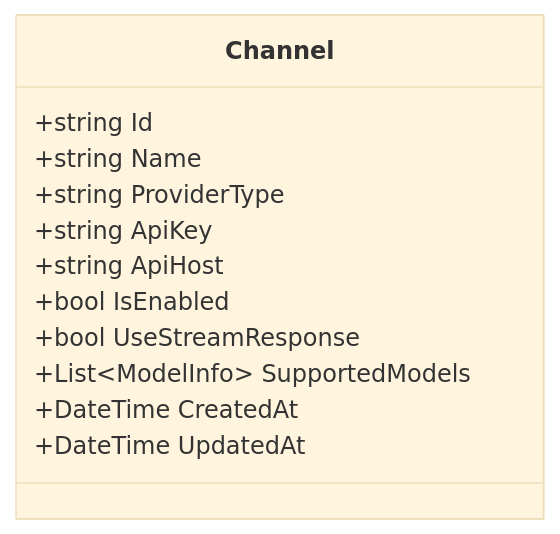
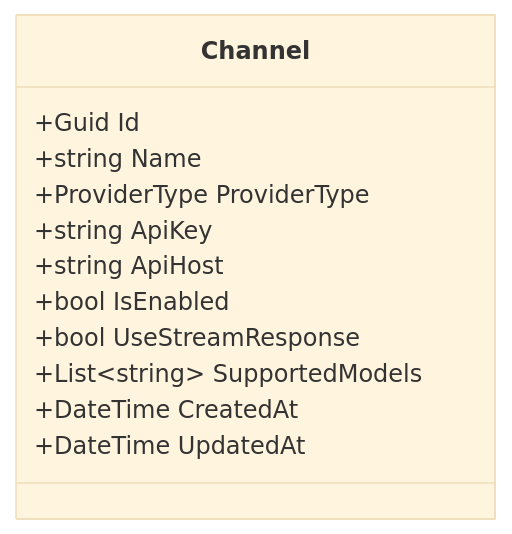
One commit to rbetree/llm-agent changed the fourth of 10 diagrams in Docs/architecture/index.md. Above: the diagram before and after it, drawn with Mermaid (base theme). The commit also changed other lines of this file and 9 other files, not shown here.

````diff
--- a/Docs/architecture/index.md
+++ b/Docs/architecture/index.md
@@ -120,15 +145,15 @@
    ```mermaid
    classDiagram
      class Channel {
-       +string Id
+       +Guid Id
        +string Name
-       +string ProviderType
+       +ProviderType ProviderType
        +string ApiKey
        +string ApiHost
        +bool IsEnabled
        +bool UseStreamResponse
-       +List~ModelInfo~ SupportedModels
+       +List~string~ SupportedModels
        +DateTime CreatedAt
        +DateTime UpdatedAt
      }
    ```
````
